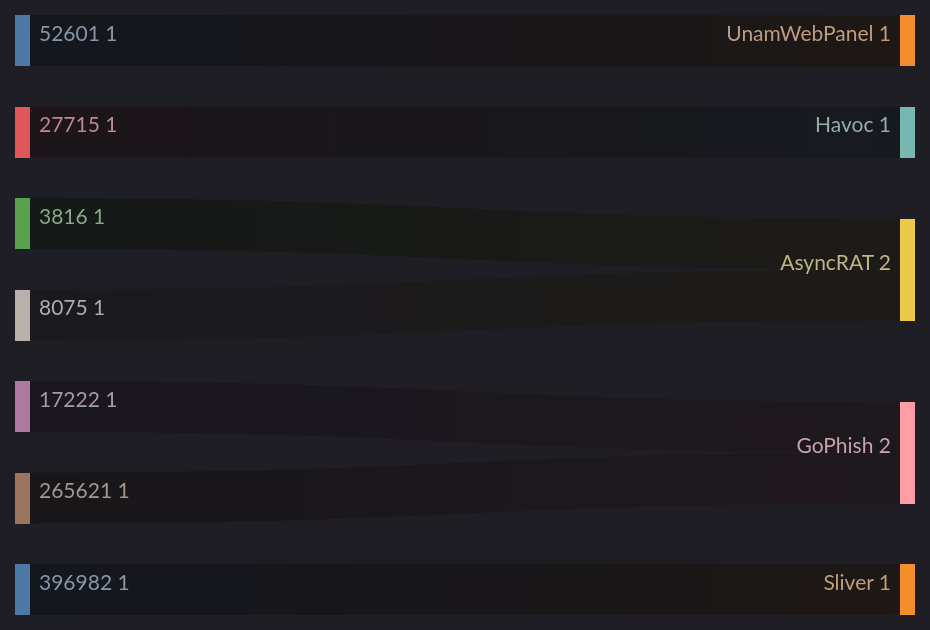
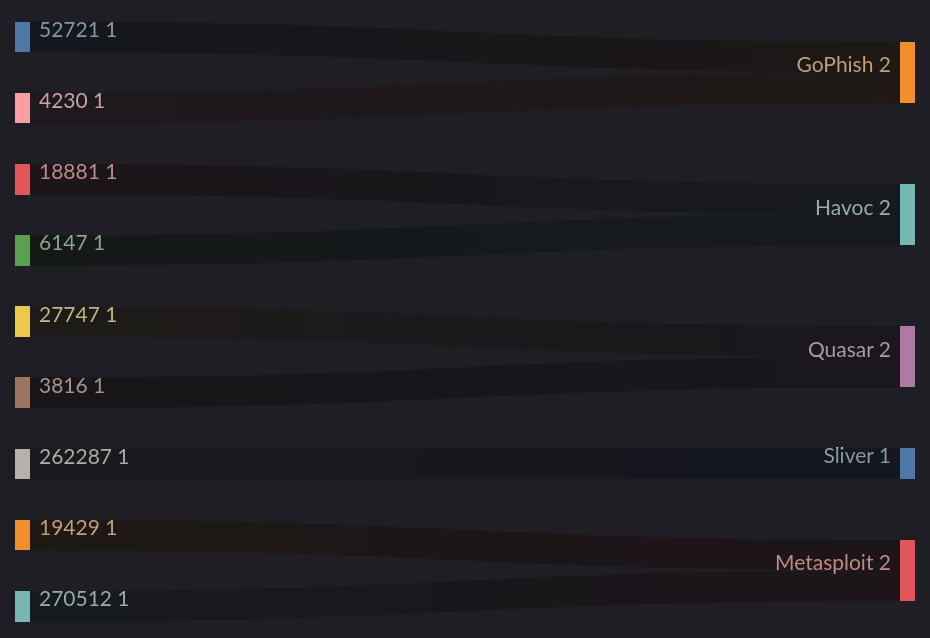
The eighth of 8 diagrams in zolim.md (ZoqueLabs/website), drawn with Mermaid before and after one commit. The commit also changed other lines of this file, not shown here.

````diff
--- a/zolim.md
+++ b/zolim.md
@@ -233,15 +235,17 @@
 ```mermaid
 ---
 config:
   theme: dark
 ---
 %% Δ ASN → Threat (new edges)
 sankey-beta
-  52601,UnamWebPanel,1
-  27715,Havoc,1
-  3816,AsyncRAT,1
-  17222,GoPhish,1
-  265621,GoPhish,1
-  8075,AsyncRAT,1
-  396982,Sliver,1
+  52721,GoPhish,1
+  18881,Havoc,1
+  6147,Havoc,1
+  27747,Quasar,1
+  4230,GoPhish,1
+  3816,Quasar,1
+  262287,Sliver,1
+  19429,Metasploit,1
+  270512,Metasploit,1
 ```
````
